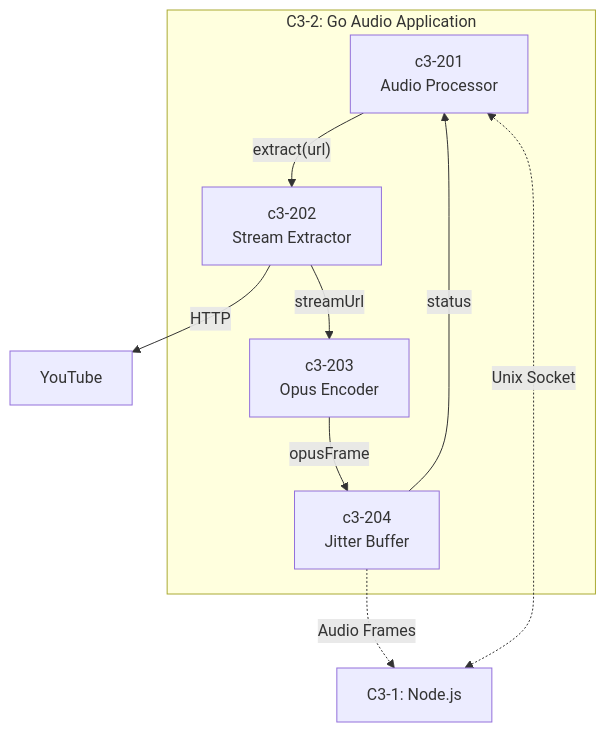
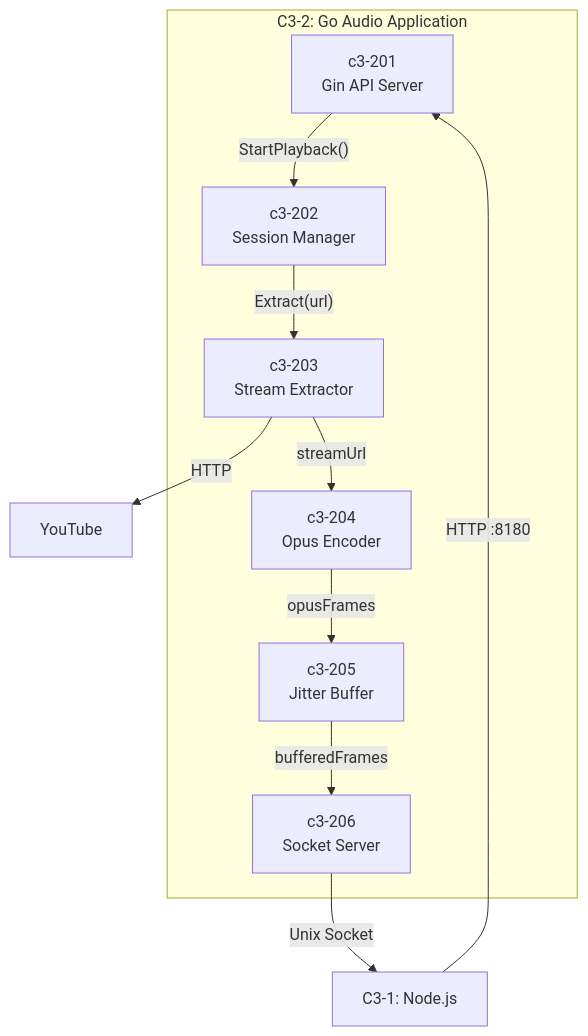
One commit to thewind121212/natashi changed the first of 2 diagrams in .c3/c3-2-go-audio/COMPONENTS.md. Above: the diagram before and after it, drawn with Mermaid. The commit also changed other lines of this file and 7 other files, not shown here.

````diff
--- a/.c3/c3-2-go-audio/COMPONENTS.md
+++ b/.c3/c3-2-go-audio/COMPONENTS.md
@@ -22,20 +26,23 @@
 ```mermaid
 flowchart TB
     subgraph C3_2["C3-2: Go Audio Application"]
-        C201[c3-201<br/>Audio Processor]
-        C202[c3-202<br/>Stream Extractor]
-        C203[c3-203<br/>Opus Encoder]
-        C204[c3-204<br/>Jitter Buffer]
+        C201[c3-201<br/>Gin API Server]
+        C202[c3-202<br/>Session Manager]
+        C203[c3-203<br/>Stream Extractor]
+        C204[c3-204<br/>Opus Encoder]
+        C205[c3-205<br/>Jitter Buffer]
+        C206[c3-206<br/>Socket Server]
     end
 
     NODE[C3-1: Node.js]
     YOUTUBE[YouTube]
 
-    NODE <-.->|Unix Socket| C201
-    C201 -->|"extract(url)"| C202
-    C202 -->|HTTP| YOUTUBE
-    C202 -->|"streamUrl"| C203
-    C203 -->|"opusFrame"| C204
-    C204 -->|"status"| C201
-    C204 -.->|Audio Frames| NODE
+    NODE -->|HTTP :8180| C201
+    C201 -->|"StartPlayback()"| C202
+    C202 -->|"Extract(url)"| C203
+    C203 -->|HTTP| YOUTUBE
+    C203 -->|"streamUrl"| C204
+    C204 -->|"opusFrames"| C205
+    C205 -->|"bufferedFrames"| C206
+    C206 -->|Unix Socket| NODE
 ```
````
